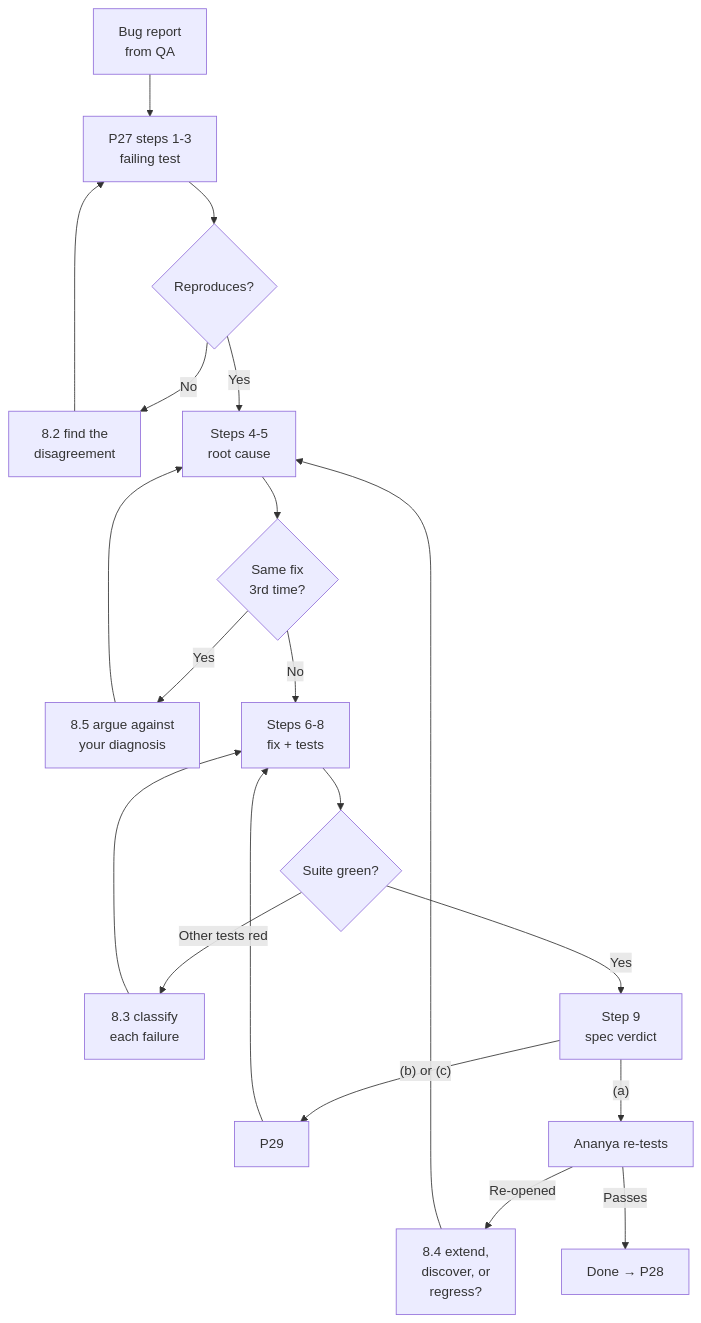
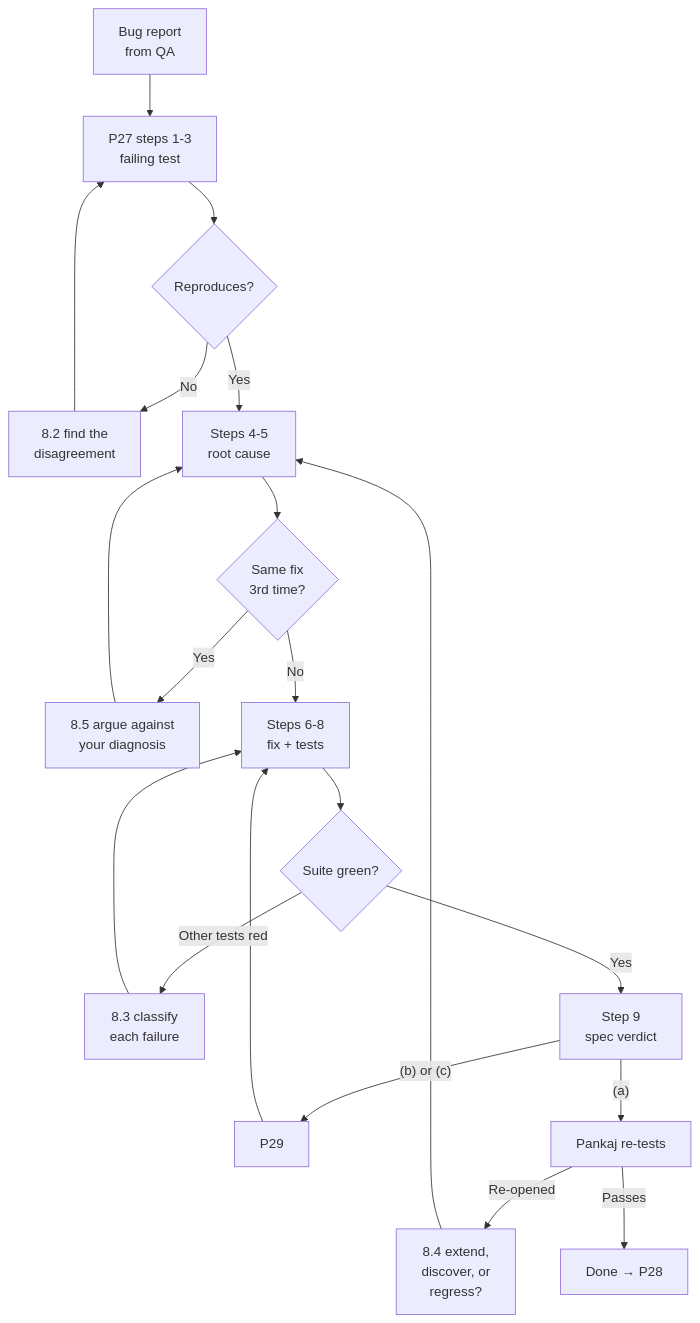
Before and after one commit to hemsingh81/learning-system-designs: the second of 2 diagrams in AI-Agile-Development/AI-Prompts-Library/phase-6-rework/P27-fix-from-a-qa-bug-report.md, drawn with Mermaid. The commit also changed other lines of this file and 99 other files, not shown here.

````diff
--- a/AI-Agile-Development/AI-Prompts-Library/phase-6-rework/P27-fix-from-a-qa-bug-report.md
+++ b/AI-Agile-Development/AI-Prompts-Library/phase-6-rework/P27-fix-from-a-qa-bug-report.md
@@ -1129,17 +1129,17 @@
 ```mermaid
 flowchart TD
     A["Bug report<br/>from QA"] --> B["P27 steps 1-3<br/>failing test"]
     B --> C{"Reproduces?"}
     C -->|No| D["8.2 find the<br/>disagreement"] --> B
     C -->|Yes| E["Steps 4-5<br/>root cause"]
     E --> F{"Same fix<br/>3rd time?"}
     F -->|Yes| G["8.5 argue against<br/>your diagnosis"] --> E
     F -->|No| H["Steps 6-8<br/>fix + tests"]
     H --> I{"Suite green?"}
     I -->|"Other tests red"| J["8.3 classify<br/>each failure"] --> H
     I -->|Yes| K["Step 9<br/>spec verdict"]
     K -->|"(b) or (c)"| L["P29"] --> H
-    K -->|"(a)"| M["Ananya re-tests"]
+    K -->|"(a)"| M["Pankaj re-tests"]
     M -->|"Re-opened"| N["8.4 extend,<br/>discover, or<br/>regress?"] --> E
     M -->|Passes| O["Done → P28"]
 ```
````
